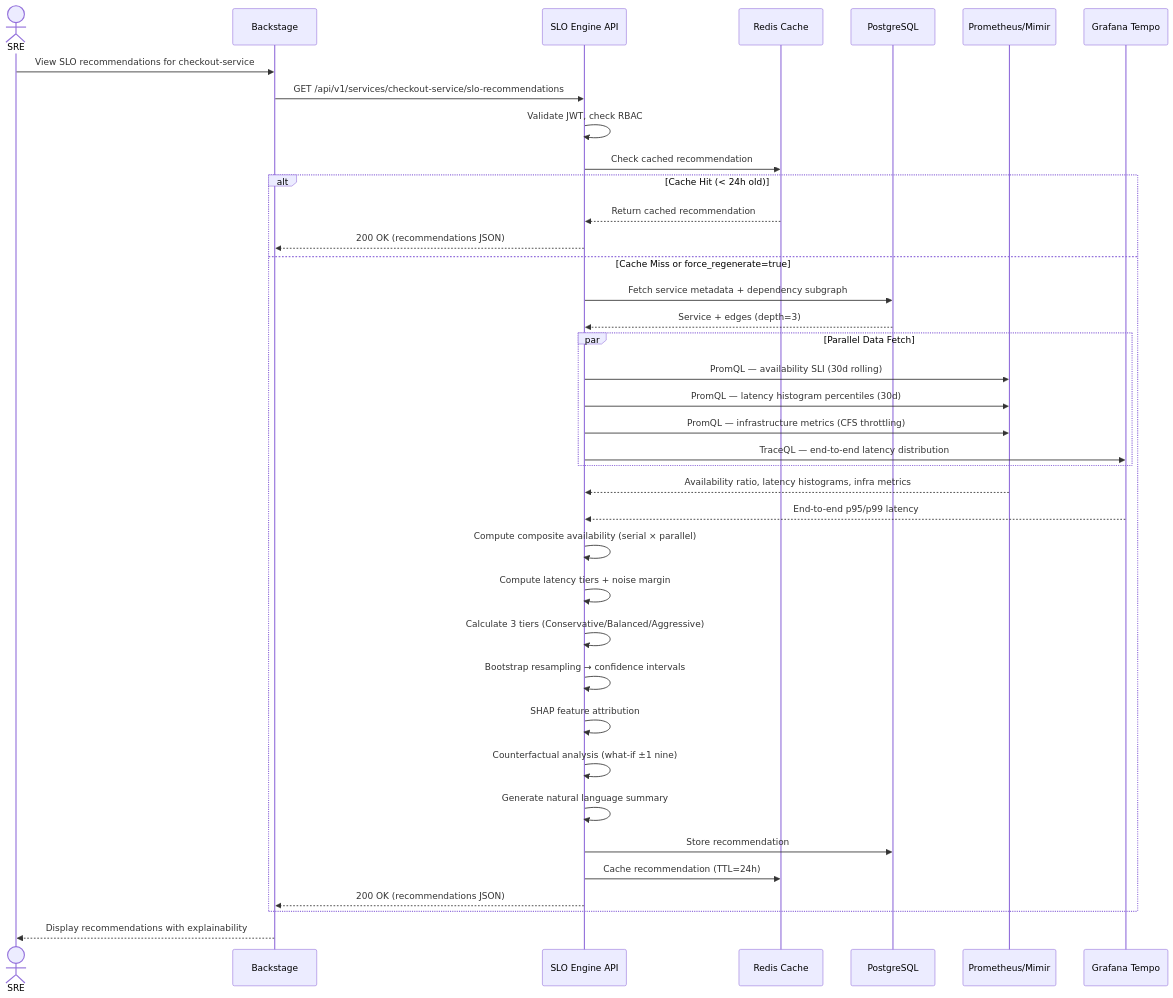
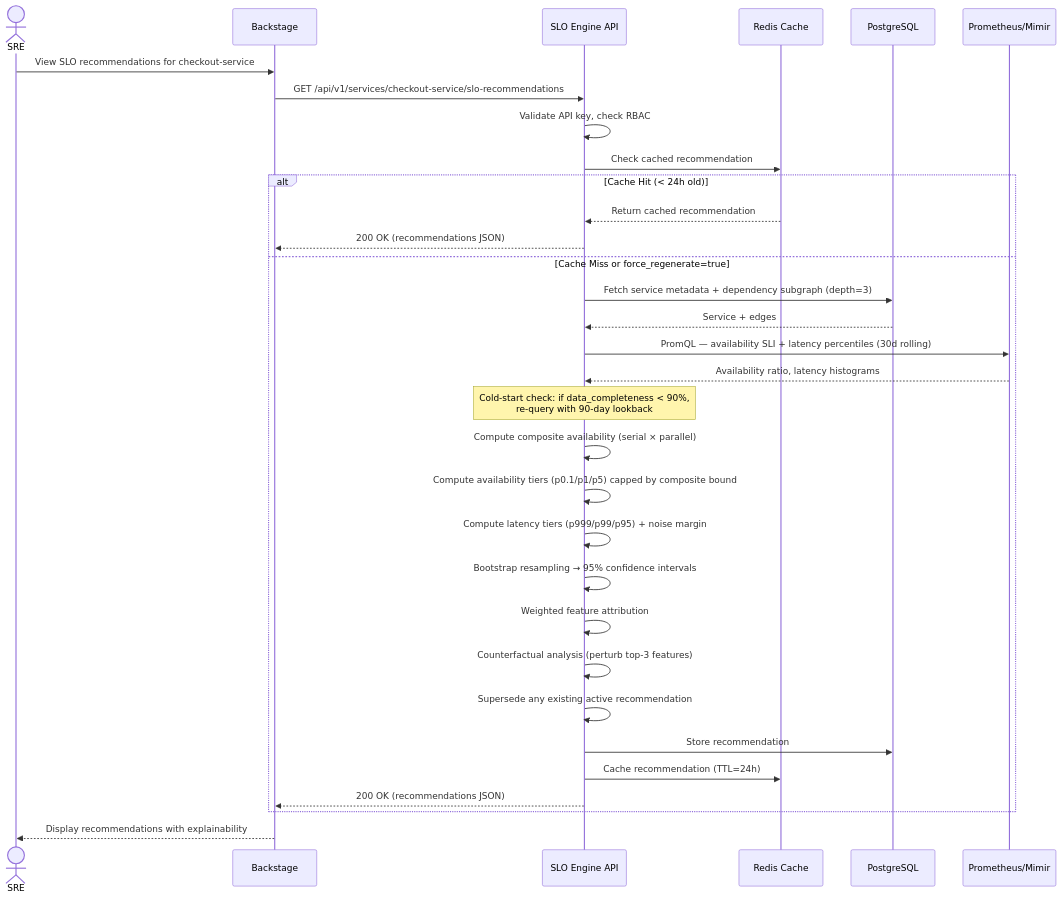
One commit to anant-gupta-utexas/slo-recommendation-engine changed the fifth of 8 diagrams in docs/2_architecture/system_design.md. Above: the diagram before and after it, drawn with Mermaid. The commit also changed other lines of this file, not shown here.

````diff
--- a/docs/2_architecture/system_design.md
+++ b/docs/2_architecture/system_design.md
@@ -391,47 +569,41 @@
 ```mermaid
 sequenceDiagram
     actor SRE
     participant Backstage
     participant API as SLO Engine API
     participant Cache as Redis Cache
     participant DB as PostgreSQL
     participant Prom as Prometheus/Mimir
-    participant Tempo as Grafana Tempo
 
     SRE->>Backstage: View SLO recommendations for checkout-service
     Backstage->>API: GET /api/v1/services/checkout-service/slo-recommendations
-    API->>API: Validate JWT, check RBAC
+    API->>API: Validate API key, check RBAC
 
     API->>Cache: Check cached recommendation
     alt Cache Hit (< 24h old)
         Cache-->>API: Return cached recommendation
         API-->>Backstage: 200 OK (recommendations JSON)
     else Cache Miss or force_regenerate=true
-        API->>DB: Fetch service metadata + dependency subgraph
-        DB-->>API: Service + edges (depth=3)
+        API->>DB: Fetch service metadata + dependency subgraph (depth=3)
+        DB-->>API: Service + edges
 
-        par Parallel Data Fetch
-            API->>Prom: PromQL — availability SLI (30d rolling)
-            API->>Prom: PromQL — latency histogram percentiles (30d)
-            API->>Prom: PromQL — infrastructure metrics (CFS throttling)
-            API->>Tempo: TraceQL — end-to-end latency distribution
-        end
+        API->>Prom: PromQL — availability SLI + latency percentiles (30d rolling)
+        Prom-->>API: Availability ratio, latency histograms
 
-        Prom-->>API: Availability ratio, latency histograms, infra metrics
-        Tempo-->>API: End-to-end p95/p99 latency
+        Note over API: Cold-start check: if data_completeness < 90%,<br/>re-query with 90-day lookback
 
         API->>API: Compute composite availability (serial × parallel)
-        API->>API: Compute latency tiers + noise margin
-        API->>API: Calculate 3 tiers (Conservative/Balanced/Aggressive)
-        API->>API: Bootstrap resampling → confidence intervals
-        API->>API: SHAP feature attribution
-        API->>API: Counterfactual analysis (what-if ±1 nine)
-        API->>API: Generate natural language summary
+        API->>API: Compute availability tiers (p0.1/p1/p5) capped by composite bound
+        API->>API: Compute latency tiers (p999/p99/p95) + noise margin
+        API->>API: Bootstrap resampling → 95% confidence intervals
+        API->>API: Weighted feature attribution
+        API->>API: Counterfactual analysis (perturb top-3 features)
+        API->>API: Supersede any existing active recommendation
 
         API->>DB: Store recommendation
         API->>Cache: Cache recommendation (TTL=24h)
         API-->>Backstage: 200 OK (recommendations JSON)
     end
 
     Backstage-->>SRE: Display recommendations with explainability
 ```
````
